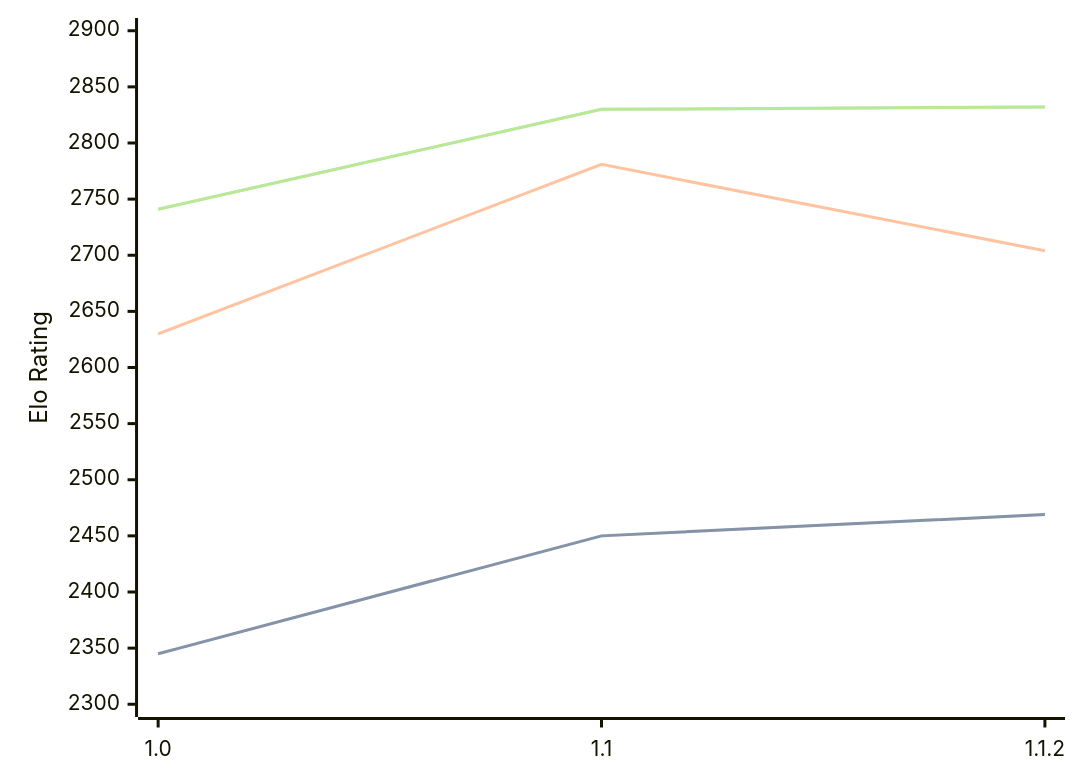
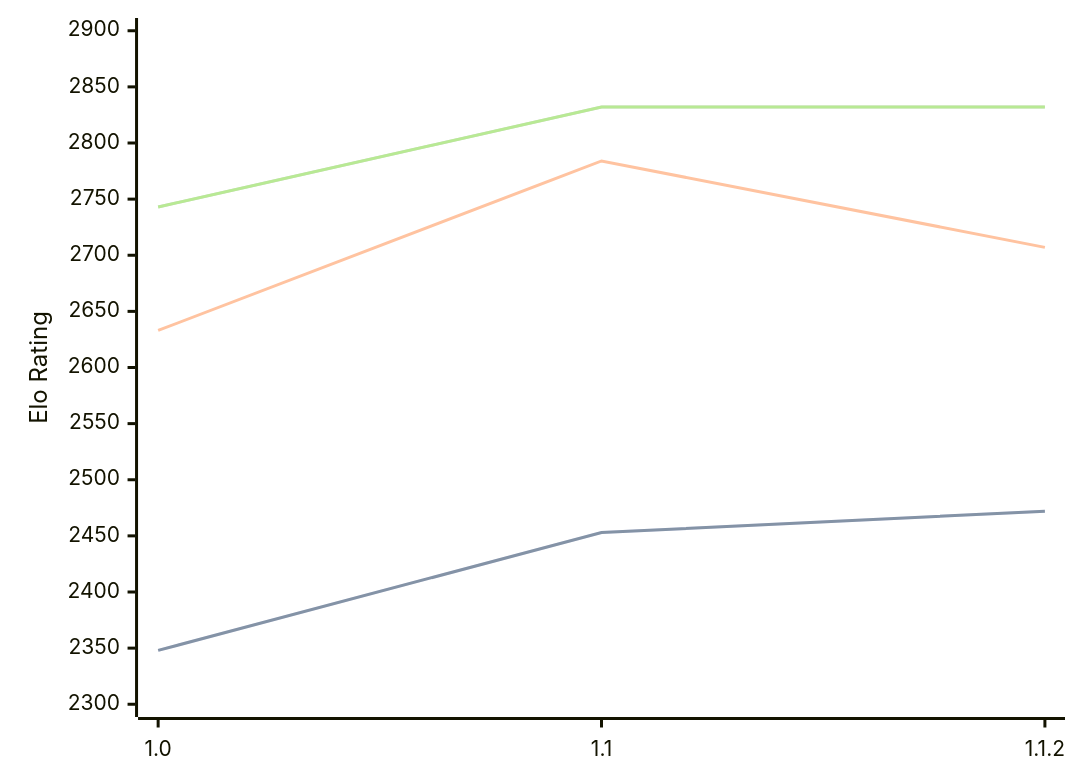
Before and after one commit to computer-chess-index/cci: the diagram in engines/Casanchess.md, drawn with Mermaid. The commit also changed other lines of this file, not shown here.

Commit message:
Update CCI Ratings (ELO VLTC) - 2026-09-24

````diff
--- a/engines/Casanchess.md
+++ b/engines/Casanchess.md
@@ -33,11 +33,11 @@
 ```mermaid
 %%{init: {"theme":"base","themeVariables":{"seriesColors:['#a3a3a3','#222221','#faa371']}}}%%
 xychart-beta
   x-axis ["1.0", "1.1", "1.1.2"]
   y-axis "Elo Rating" 2300 --> 2900
-  line "" [2345, 2450, 2469]
-  line "STC (8.0+0.08s)" [2345, 2450, 2469]
-  line "LTC (60.0+0.60s)" [2630, 2781, 2704]
-  line "" [2741, 2830, 2832]
-  line "VLTC (2m24s+1.12s)" [2741, 2830, 2832]
+  line "" [2348, 2453, 2472]
+  line "STC (8.0+0.08s)" [2348, 2453, 2472]
+  line "LTC (60.0+0.60s)" [2633, 2784, 2707]
+  line "" [2743, 2832, 2832]
+  line "VLTC (2m24s+1.12s)" [2743, 2832, 2832]
 ```
````
